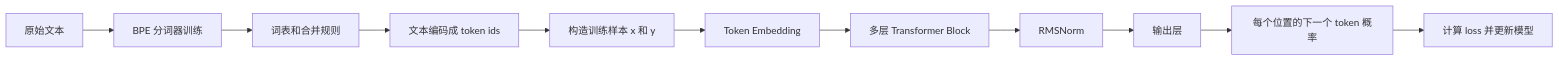
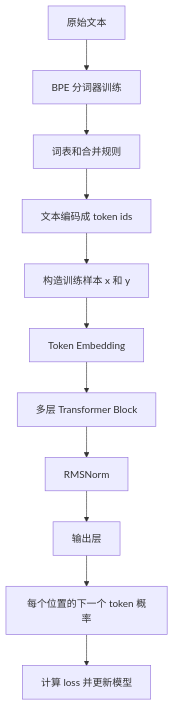
The diagram in README.md (youkuxiaobin/training), drawn with Mermaid before and after one commit.

Commit message:
Make README flow diagram vertical

````diff
--- a/README.md
+++ b/README.md
@@ -12,13 +12,13 @@
 ```mermaid
-flowchart LR
+flowchart TD
     A["原始文本"] --> B["BPE 分词器训练"]
     B --> C["词表和合并规则"]
     C --> D["文本编码成 token ids"]
     D --> E["构造训练样本 x 和 y"]
     E --> F["Token Embedding"]
     F --> G["多层 Transformer Block"]
     G --> H["RMSNorm"]
     H --> I["输出层"]
     I --> J["每个位置的下一个 token 概率"]
     J --> K["计算 loss 并更新模型"]
 ```
````
